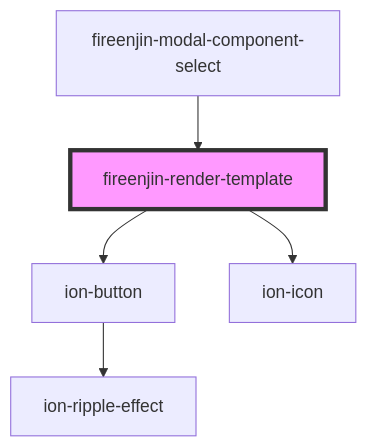
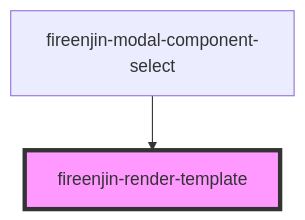
One commit to FireEnjin/Editor changed the diagram in src/components/render-template/readme.md. Above: the diagram before and after it, drawn with Mermaid. The commit also changed other lines of this file and 11 other files, not shown here.

````diff
--- a/src/components/render-template/readme.md
+++ b/src/components/render-template/readme.md
@@ -121,8 +116,5 @@
 ```mermaid
 graph TD;
-  fireenjin-render-template --> ion-button
-  fireenjin-render-template --> ion-icon
-  ion-button --> ion-ripple-effect
   fireenjin-modal-component-select --> fireenjin-render-template
   style fireenjin-render-template fill:#f9f,stroke:#333,stroke-width:4px
 ```
````
